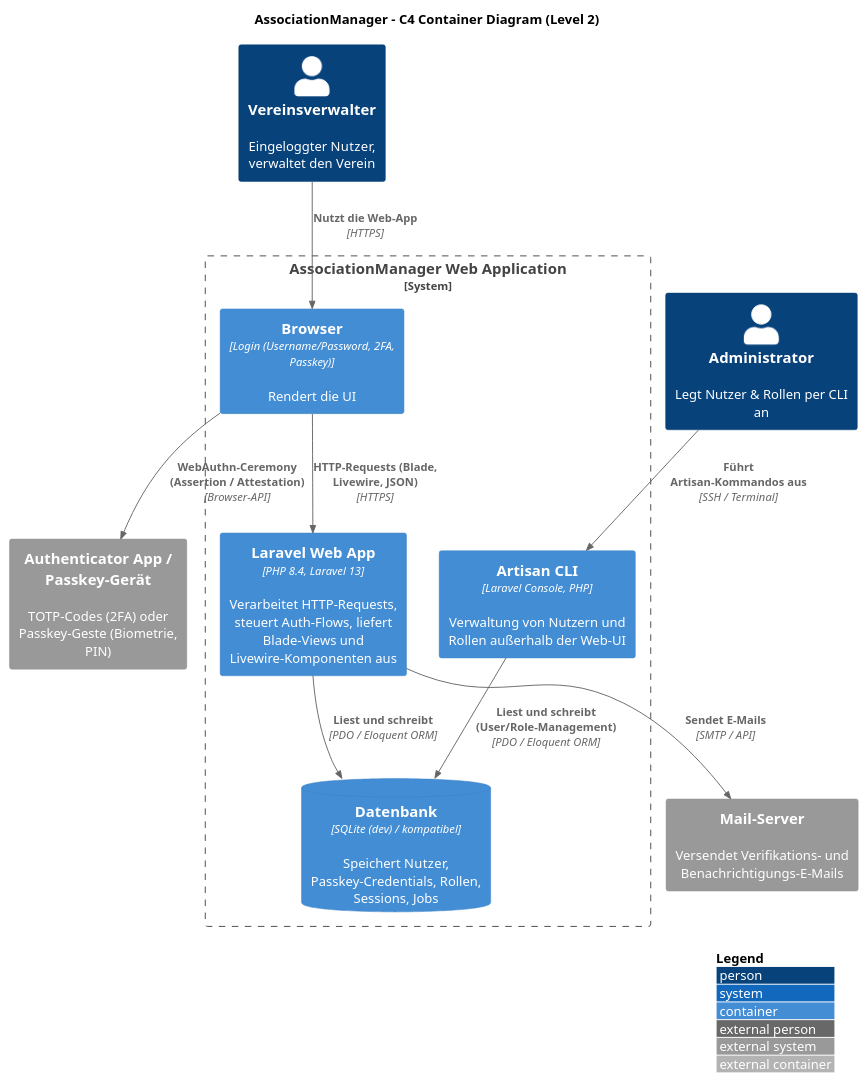
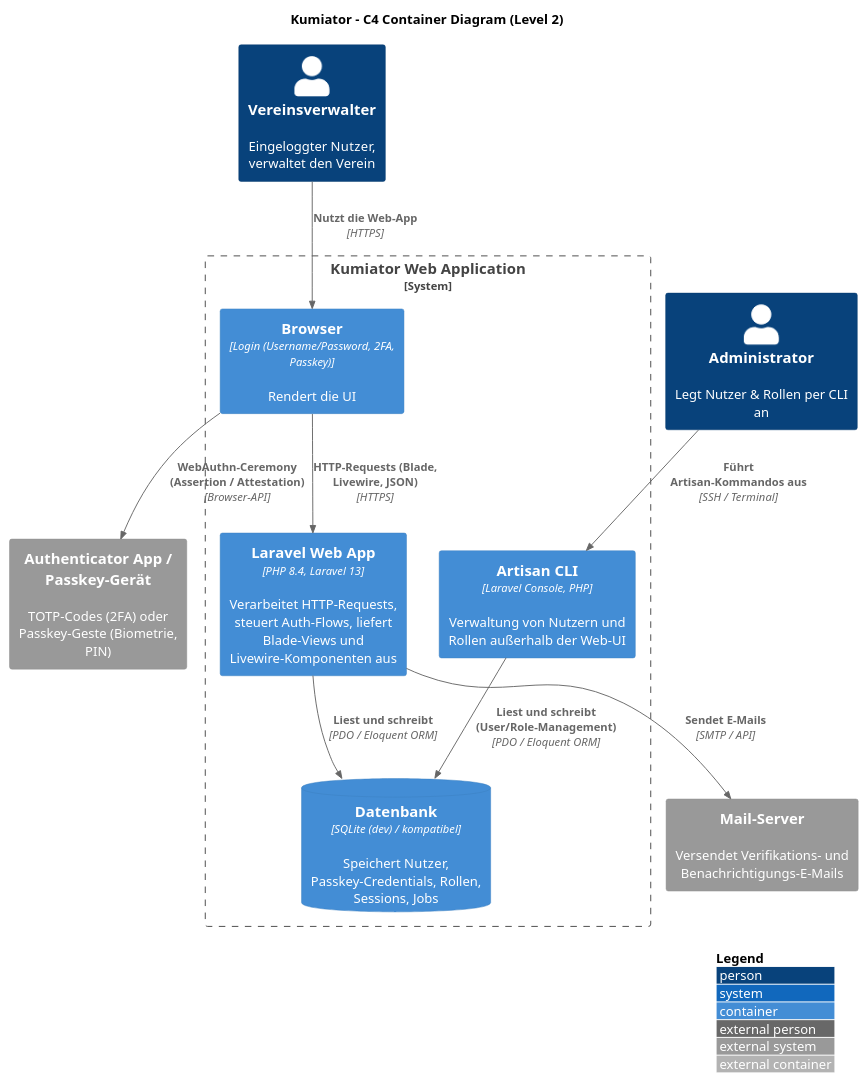
One commit to ringostarr80/kumiator changed the diagram in docs/architecture-c4.puml. Above: the diagram before and after it, drawn with PlantUML. The commit also changed 16 other files, not shown here.

Commit message:
Projekt von „AssociationManager" in „Kumiator" umbenannt: der neue Name ist kürzer, aussprechbar und als Produktname eindeutig. README erklärt die Wortherkunft (組合 + -ator).

```diff
--- a/docs/architecture-c4.puml
+++ b/docs/architecture-c4.puml
@@ -1,39 +1,39 @@
-@startuml AssociationManager - C4 Container Diagram
+@startuml Kumiator - C4 Container Diagram
 !include https://raw.githubusercontent.com/plantuml-stdlib/C4-PlantUML/master/C4_Container.puml
 
 LAYOUT_WITH_LEGEND()
 
-title AssociationManager – C4 Container Diagram (Level 2)
+title Kumiator – C4 Container Diagram (Level 2)
 
 Person(vereinsverwalter, "Vereinsverwalter", "Eingeloggter Nutzer, verwaltet den Verein")
 Person(admin, "Administrator", "Legt Nutzer & Rollen per CLI an")
 
-System_Boundary(app, "AssociationManager Web Application") {
+System_Boundary(app, "Kumiator Web Application") {
 
     Container(browser, "Browser", "Login (Username/Password, 2FA, Passkey)", "Rendert die UI")
 
     Container(webapp, "Laravel Web App", "PHP 8.4, Laravel 13", "Verarbeitet HTTP-Requests, steuert Auth-Flows, liefert Blade-Views und Livewire-Komponenten aus")
 
     Container(cli, "Artisan CLI", "Laravel Console, PHP", "Verwaltung von Nutzern und Rollen außerhalb der Web-UI")
 
     ContainerDb(db, "Datenbank", "SQLite (dev) / kompatibel", "Speichert Nutzer, Passkey-Credentials, Rollen, Sessions, Jobs")
 }
 
 System_Ext(mailserver, "Mail-Server", "Versendet Verifikations- und Benachrichtigungs-E-Mails")
 System_Ext(authenticator, "Authenticator App / Passkey-Gerät", "TOTP-Codes (2FA) oder Passkey-Geste (Biometrie, PIN)")
 
 ' --- Beziehungen ---
 
 Rel(vereinsverwalter, browser, "Nutzt die Web-App", "HTTPS")
 Rel(admin, cli, "Führt Artisan-Kommandos aus", "SSH / Terminal")
 
 Rel(browser, webapp, "HTTP-Requests (Blade, Livewire, JSON)", "HTTPS")
 Rel(browser, authenticator, "WebAuthn-Ceremony (Assertion / Attestation)", "Browser-API")
 
 Rel(webapp, db, "Liest und schreibt", "PDO / Eloquent ORM")
 Rel(webapp, mailserver, "Sendet E-Mails", "SMTP / API")
 
 
 Rel(cli, db, "Liest und schreibt (User/Role-Management)", "PDO / Eloquent ORM")
 
 @enduml
```
